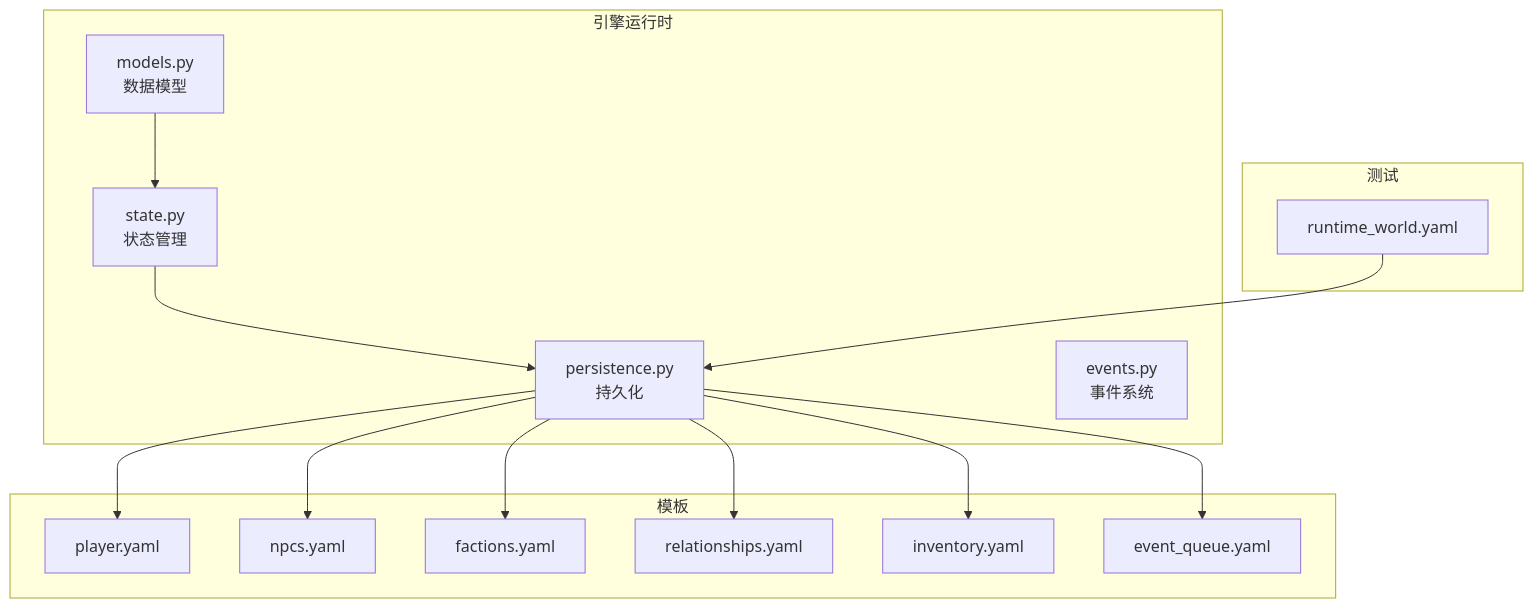
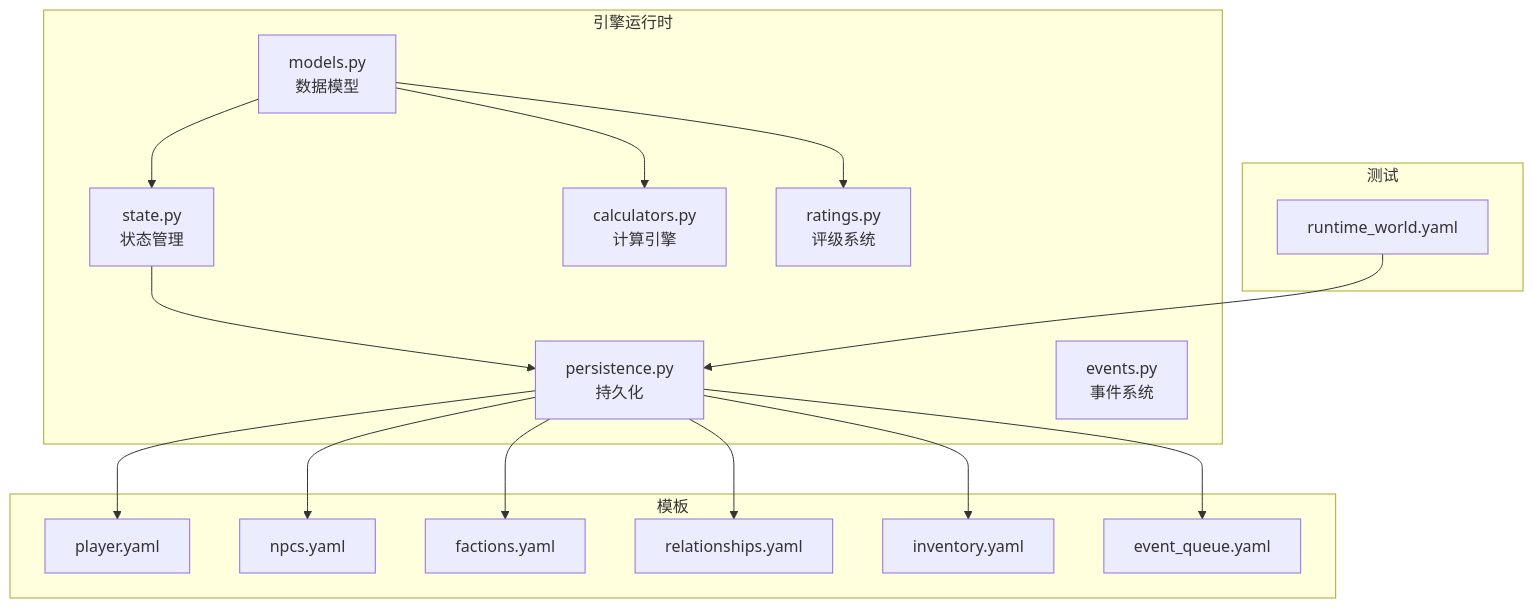
One commit to Ivandanslespace/thegreatnovel changed the first of 5 diagrams in .qoder/repowiki/zh/content/数据模型.md. Above: the diagram before and after it, drawn with Mermaid. The commit also changed other lines of this file and 264 other files, not shown here.

````diff
--- a/.qoder/repowiki/zh/content/数据模型.md
+++ b/.qoder/repowiki/zh/content/数据模型.md
@@ -40,29 +51,33 @@
 ```mermaid
 graph TB
 subgraph "引擎运行时"
 M["models.py<br/>数据模型"]
 S["state.py<br/>状态管理"]
 P["persistence.py<br/>持久化"]
 E["events.py<br/>事件系统"]
+C["calculators.py<br/>计算引擎"]
+R["ratings.py<br/>评级系统"]
 end
 subgraph "模板"
 T1["player.yaml"]
 T2["npcs.yaml"]
 T3["factions.yaml"]
 T4["relationships.yaml"]
 T5["inventory.yaml"]
 T6["event_queue.yaml"]
 end
 subgraph "测试"
 F["runtime_world.yaml"]
 end
 M --> S
 S --> P
 P --> T1
 P --> T2
 P --> T3
 P --> T4
 P --> T5
 P --> T6
 F --> P
+M --> C
+M --> R
 ```
````
